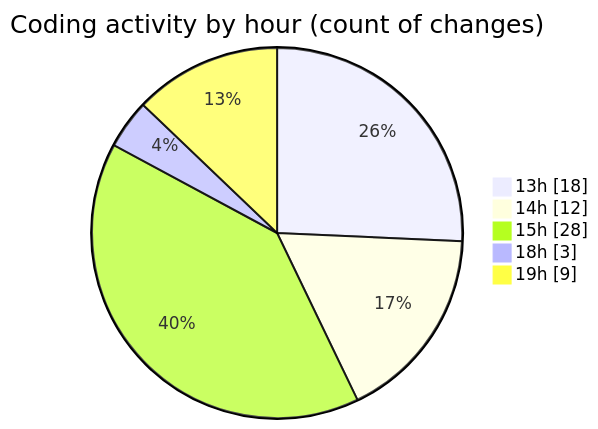
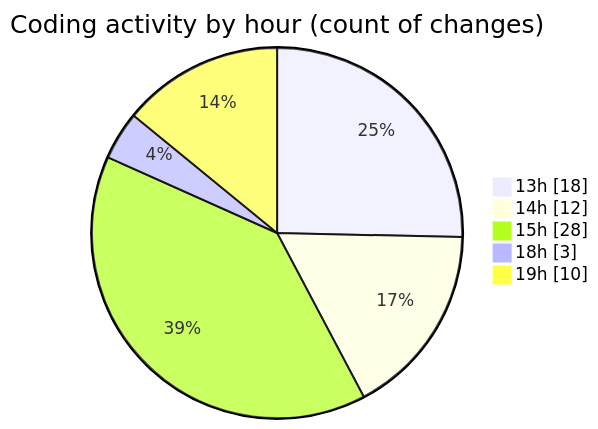
The second of 2 diagrams in 2025-06-16/studio-backend/README.md (idhammustaqopulfikri/code-tracking), drawn with Mermaid before and after one commit. The commit also changed other lines of this file and 1 other file, not shown here.

````diff
--- a/2025-06-16/studio-backend/README.md
+++ b/2025-06-16/studio-backend/README.md
@@ -43,9 +43,9 @@
 ```mermaid
 pie showData
 title Coding activity by hour (count of changes)
 "13h" : 18
 "14h" : 12
 "15h" : 28
 "18h" : 3
-"19h" : 9
+"19h" : 10
 ```
````
